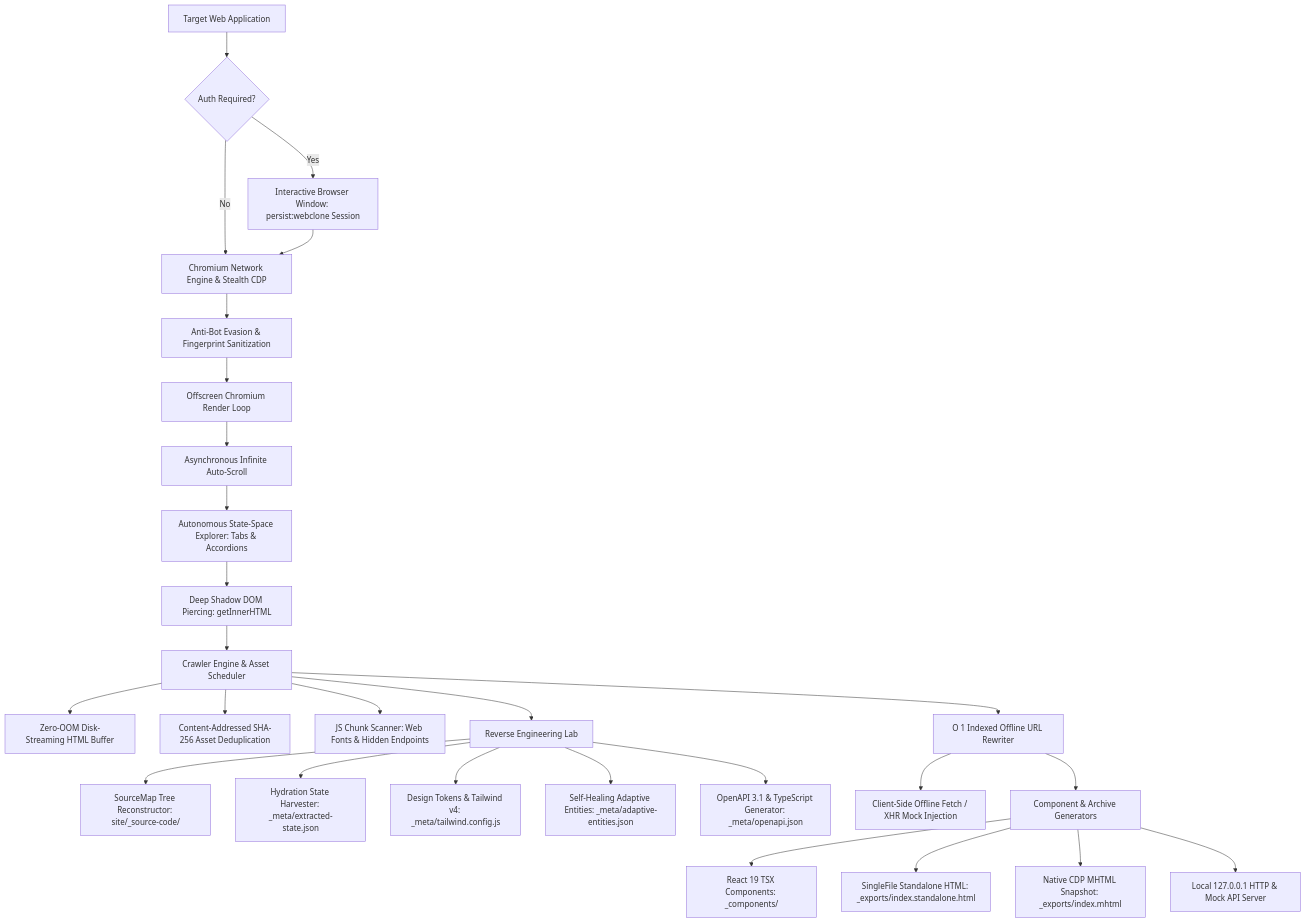
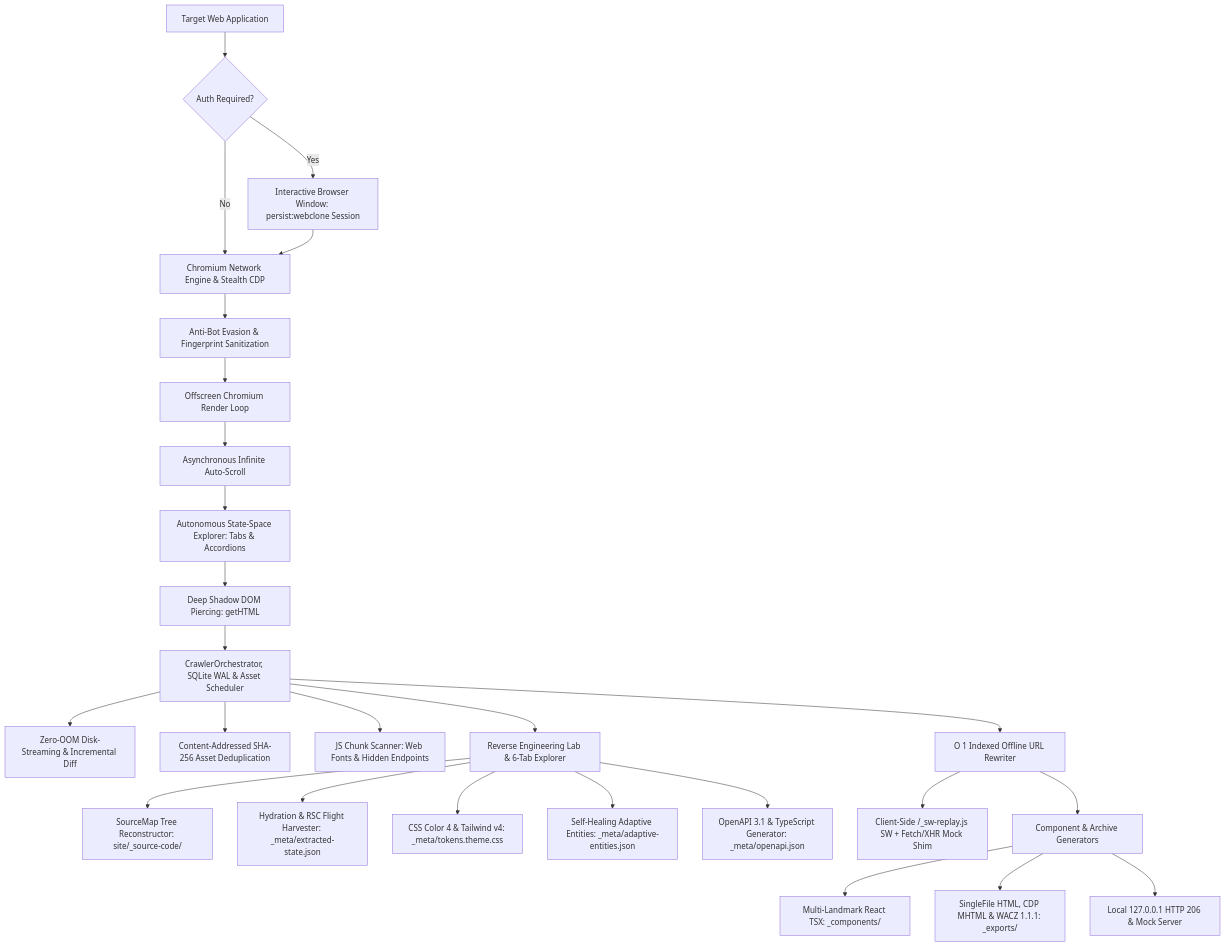
The first of 2 diagrams in README.md (MonarchDevLab/WebClone-Studio), drawn with Mermaid before and after one commit. The commit also changed other lines of this file and 18 other files, not shown here.

````diff
--- a/README.md
+++ b/README.md
@@ -83,35 +83,34 @@
 ```mermaid
 flowchart TD
     Target[Target Web Application] --> AuthCheck{Auth Required?}
     AuthCheck -- Yes --> AuthSession[Interactive Browser Window: persist:webclone Session]
     AuthCheck -- No --> Network[Chromium Network Engine & Stealth CDP]
     AuthSession --> Network
 
     Network --> Evasion[Anti-Bot Evasion & Fingerprint Sanitization]
     Evasion --> Render[Offscreen Chromium Render Loop]
     Render --> Scroll[Asynchronous Infinite Auto-Scroll]
     Scroll --> StateExplorer[Autonomous State-Space Explorer: Tabs & Accordions]
-    StateExplorer --> ShadowDOM[Deep Shadow DOM Piercing: getInnerHTML]
+    StateExplorer --> ShadowDOM[Deep Shadow DOM Piercing: getHTML]
     
-    ShadowDOM --> CoreEngine[Crawler Engine & Asset Scheduler]
+    ShadowDOM --> CoreEngine[CrawlerOrchestrator, SQLite WAL & Asset Scheduler]
     
-    CoreEngine --> DiskStream[Zero-OOM Disk-Streaming HTML Buffer]
+    CoreEngine --> DiskStream[Zero-OOM Disk-Streaming & Incremental Diff]
     CoreEngine --> Dedup[Content-Addressed SHA-256 Asset Deduplication]
     CoreEngine --> ObfuscationBypass[JS Chunk Scanner: Web Fonts & Hidden Endpoints]
     
-    CoreEngine --> ReverseLab[Reverse Engineering Lab]
+    CoreEngine --> ReverseLab[Reverse Engineering Lab & 6-Tab Explorer]
     ReverseLab --> SourceMap[SourceMap Tree Reconstructor: site/_source-code/]
-    ReverseLab --> Hydration[Hydration State Harvester: _meta/extracted-state.json]
-    ReverseLab --> Tokens[Design Tokens & Tailwind v4: _meta/tailwind.config.js]
+    ReverseLab --> Hydration[Hydration & RSC Flight Harvester: _meta/extracted-state.json]
+    ReverseLab --> Tokens[CSS Color 4 & Tailwind v4: _meta/tokens.theme.css]
     ReverseLab --> AdaptiveEntities[Self-Healing Adaptive Entities: _meta/adaptive-entities.json]
     ReverseLab --> ApiSpec[OpenAPI 3.1 & TypeScript Generator: _meta/openapi.json]
     
     CoreEngine --> Rewriter[O 1 Indexed Offline URL Rewriter]
-    Rewriter --> FetchShim[Client-Side Offline Fetch / XHR Mock Injection]
+    Rewriter --> FetchShim[Client-Side /_sw-replay.js SW + Fetch/XHR Mock Shim]
     
     Rewriter --> CodeGen[Component & Archive Generators]
-    CodeGen --> ReactExport[React 19 TSX Components: _components/]
-    CodeGen --> SingleFile[SingleFile Standalone HTML: _exports/index.standalone.html]
-    CodeGen --> MhtmlExport[Native CDP MHTML Snapshot: _exports/index.mhtml]
-    CodeGen --> Preview[Local 127.0.0.1 HTTP & Mock API Server]
+    CodeGen --> ReactExport[Multi-Landmark React TSX: _components/]
+    CodeGen --> SingleFile[SingleFile HTML, CDP MHTML & WACZ 1.1.1: _exports/]
+    CodeGen --> Preview[Local 127.0.0.1 HTTP 206 & Mock Server]
 ```
````
